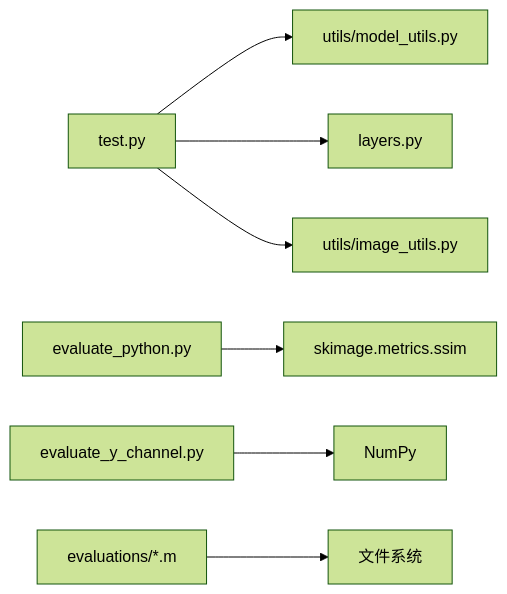
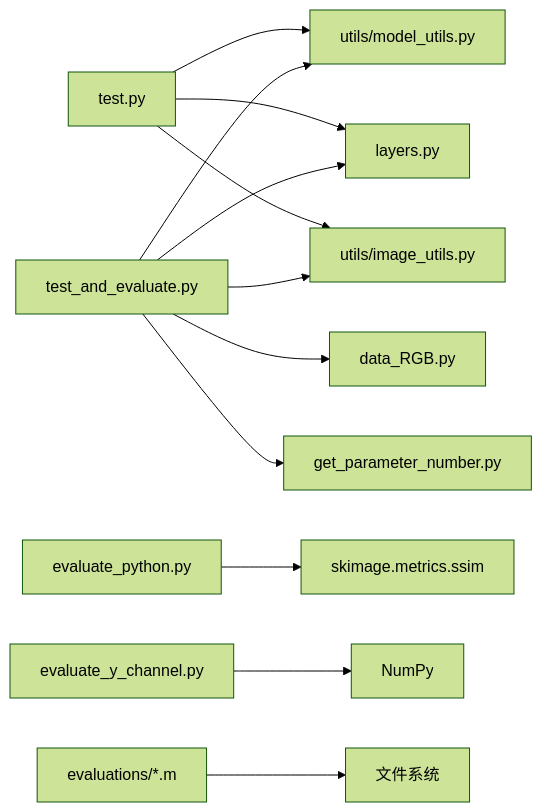
One commit to MSan333/NeRD-Rain-main changed the ninth of 9 diagrams in .qoder/repowiki/zh/content/评估与测试/评估与测试.md. Above: the diagram before and after it, drawn with Mermaid (forest theme). The commit also changed other lines of this file and 26 other files, not shown here.

First line of the commit message:
docs: 添加答辩用架构图（8张HTML/SVG模块图）

````diff
--- a/.qoder/repowiki/zh/content/评估与测试/评估与测试.md
+++ b/.qoder/repowiki/zh/content/评估与测试/评估与测试.md
@@ -304,9 +376,14 @@
 ```mermaid
 graph LR
 TP["test.py"] --> MU["utils/model_utils.py"]
 TP --> LY["layers.py"]
 TP --> IM["utils/image_utils.py"]
+TE["test_and_evaluate.py"] --> MU
+TE --> LY
+TE --> IM
+TE --> DR["data_RGB.py"]
+TE --> GP["get_parameter_number.py"]
 EP["evaluate_python.py"] --> SK["skimage.metrics.ssim"]
 EY["evaluate_y_channel.py"] --> NP["NumPy"]
 EM["evaluations/*.m"] --> FS["文件系统"]
 ```
````
